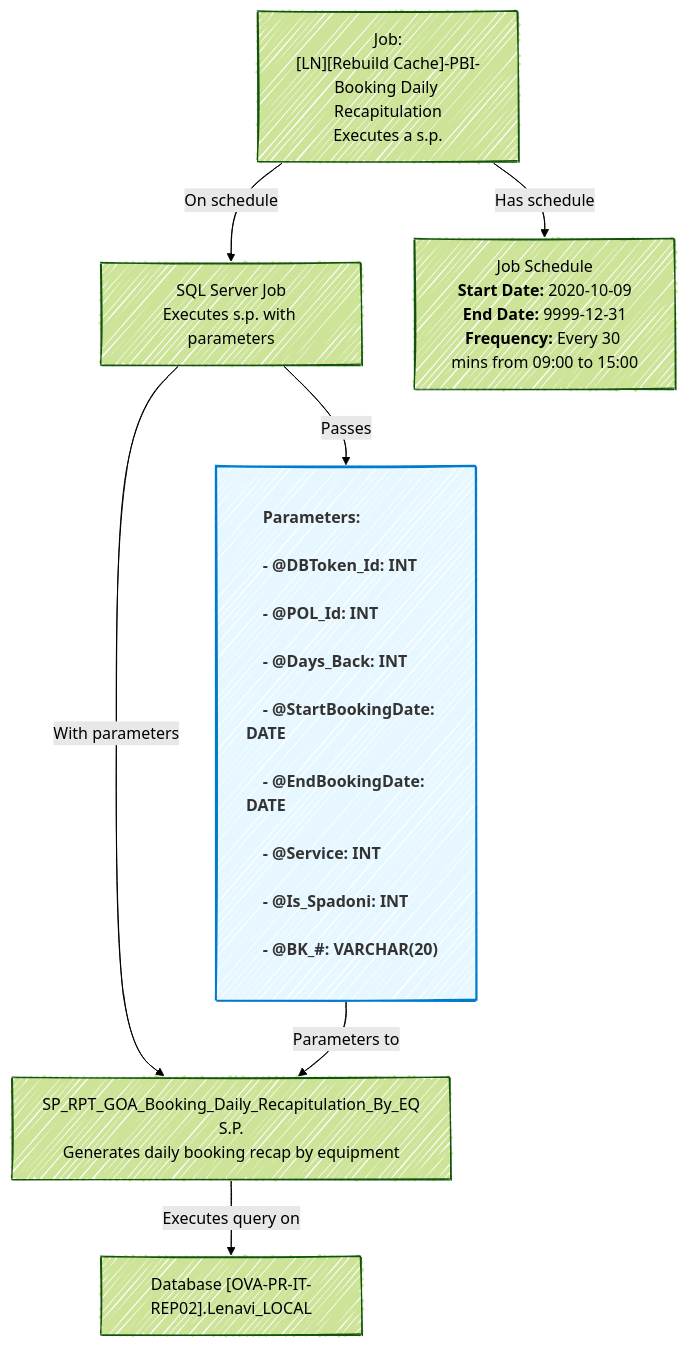
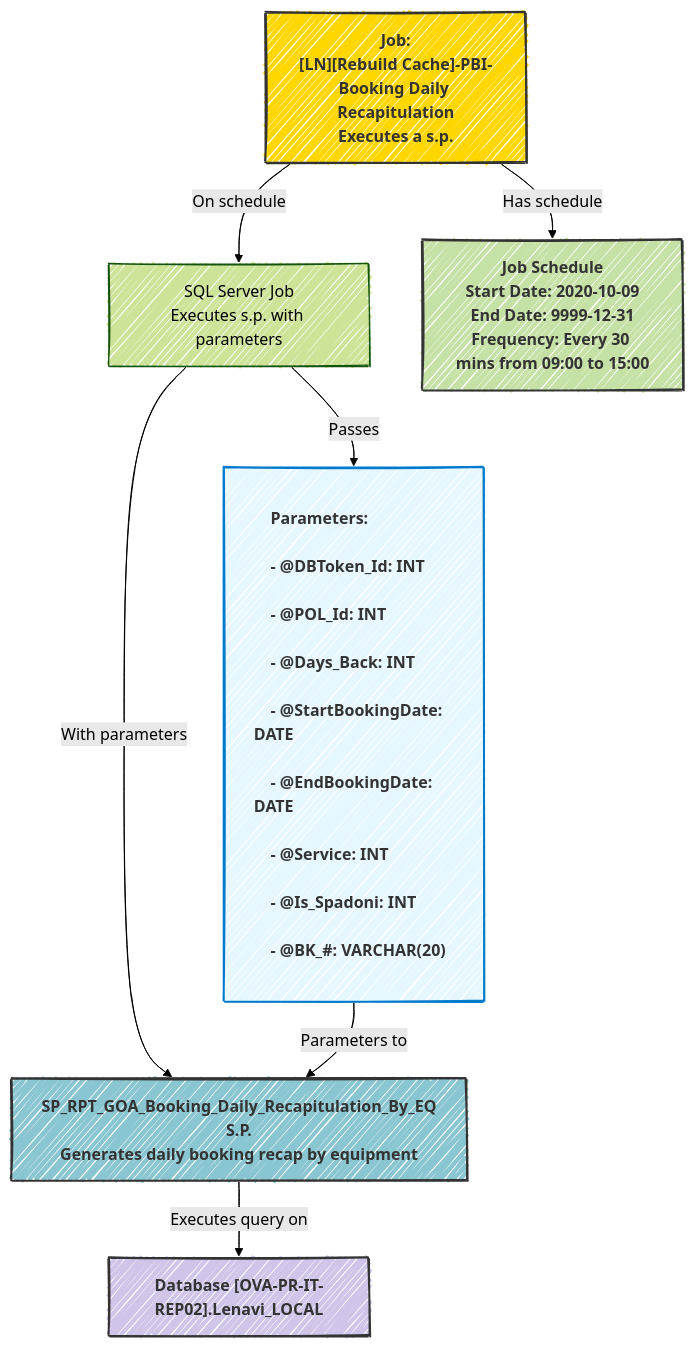
The diagram in Booking_Daily_Recapitulation_By_EQ/Job_Exec_SP.md (grellag/Project_Python), drawn with Mermaid before and after one commit.

Commit message:
Add colo fill

````diff
--- a/Booking_Daily_Recapitulation_By_EQ/Job_Exec_SP.md
+++ b/Booking_Daily_Recapitulation_By_EQ/Job_Exec_SP.md
@@ -11,44 +11,53 @@
 ```mermaid
 ---
 config:
   look: handDrawn
   theme: forest
   layout: dagre
 ---
 flowchart TB
     %% Definisci una classe personalizzata per il nodo parameters
     classDef parametersStyle fill:#e6f7ff,stroke:#007acc,stroke-width:2px,color:#333,font-weight:bold;
+    classDef jobStyle fill:#FFD700,stroke:#333,stroke-width:2px,color:#333,font-weight:bold;
+    classDef storedProcStyle fill:#8AC6D1,stroke:#333,stroke-width:2px,color:#333,font-weight:bold;
+    classDef databaseStyle fill:#D1C4E9,stroke:#333,stroke-width:2px,color:#333,font-weight:bold;
+    classDef scheduleStyle fill:#C5E1A5,stroke:#333,stroke-width:2px,color:#333,font-weight:bold;
 
     job["Job:<br>[LN][Rebuild Cache]-PBI-Booking Daily Recapitulation<br>Executes a s.p."]
 
     sql_job["SQL Server Job<br>Executes s.p. with parameters"]
 
     schedule["Job Schedule<br><b>Start Date:</b> 2020-10-09<br><b>End Date:</b> 9999-12-31<br><b>Frequency:</b> Every 30 mins from 09:00 to 15:00"]
 
     db["Database [OVA-PR-IT-REP02].Lenavi_LOCAL"]
 
     stored_proc["SP_RPT_GOA_Booking_Daily_Recapitulation_By_EQ<br>S.P.<br>Generates daily booking recap by equipment"]
 
     %% Simula l'allineamento a sinistra utilizzando <div> con text-align:left
     parameters["<div style='text-align:left'>
     Parameters:<br>
     - @DBToken_Id: INT<br>
     - @POL_Id: INT<br>
     - @Days_Back: INT<br>
     - @StartBookingDate: DATE<br>
     - @EndBookingDate: DATE<br>
     - @Service: INT<br>
     - @Is_Spadoni: INT<br>
     - @BK_#: VARCHAR(20)
     </div>"]
 
     %% Applica lo stile personalizzato al nodo parameters
     class parameters parametersStyle;
+    %% Applica gli stili personalizzati ai nodi specifici
+    class job jobStyle;
+    class stored_proc storedProcStyle;
+    class db databaseStyle;
+    class schedule scheduleStyle;
 
     job         -->     |On schedule|sql_job
     sql_job     -->     |With parameters|stored_proc
     stored_proc -->     |Executes query on|db
     job -->|Has schedule| schedule
     sql_job -->|Passes| parameters
     parameters -->|Parameters to| stored_proc
 ```
````
